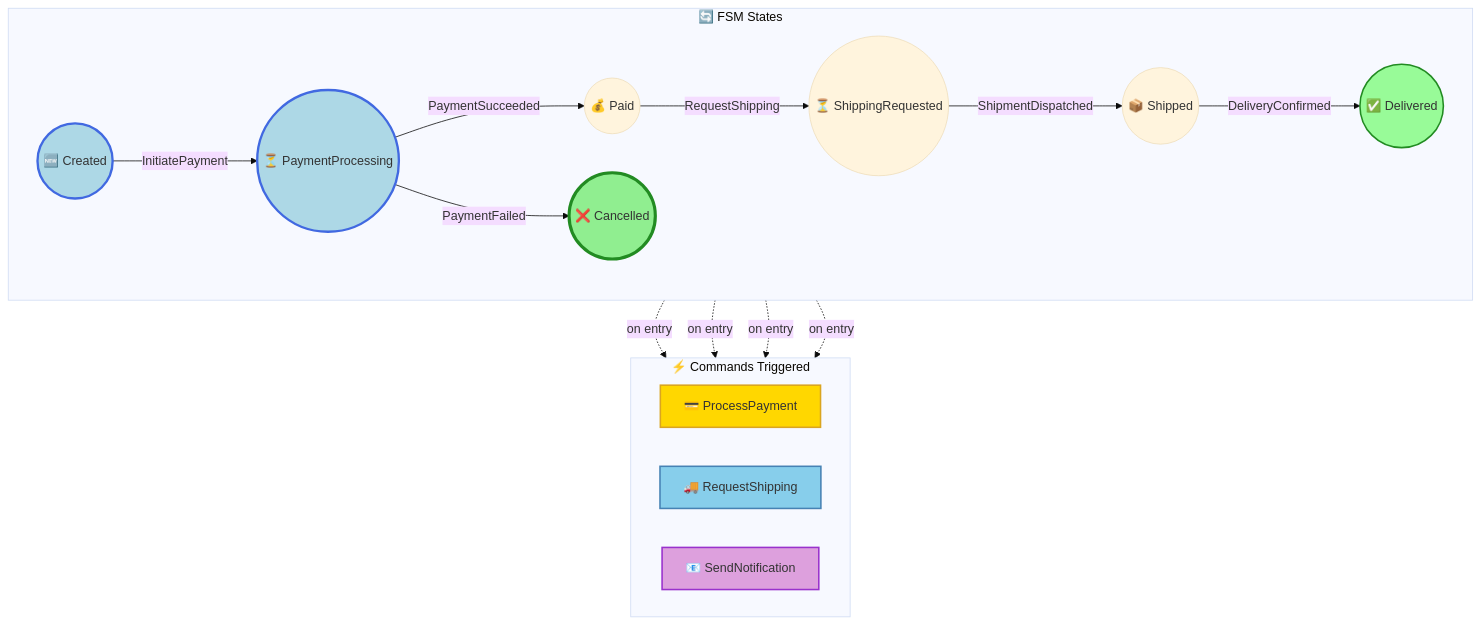
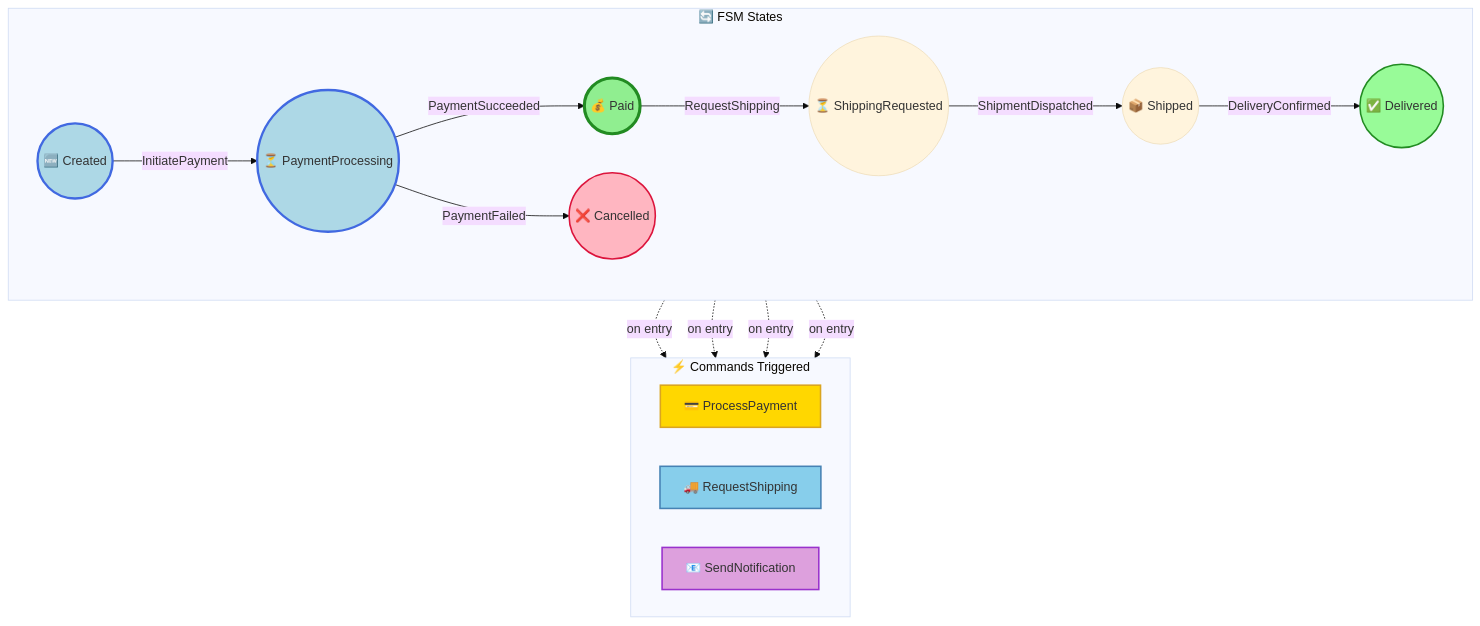
One commit to Iterable/mechanoid changed the third of 3 diagrams in docs/visualizations/order-5-trace.md. Above: the diagram before and after it, drawn with Mermaid (base theme). The commit also changed other lines of this file and 23 other files, not shown here.

````diff
--- a/docs/visualizations/order-5-trace.md
+++ b/docs/visualizations/order-5-trace.md
@@ -45,42 +58,42 @@
 ```mermaid
 flowchart TB
     subgraph FSM["🔄 FSM States"]
         direction LR
         Shipped(("📦 Shipped"))
         PaymentProcessing(("⏳ PaymentProcessing"))
         ShippingRequested(("⏳ ShippingRequested"))
         Delivered(("✅ Delivered"))
         Cancelled(("❌ Cancelled"))
         Paid(("💰 Paid"))
         Created(("🆕 Created"))
         Created -->|InitiatePayment| PaymentProcessing
         PaymentProcessing -->|PaymentSucceeded| Paid
         PaymentProcessing -->|PaymentFailed| Cancelled
         Paid -->|RequestShipping| ShippingRequested
         ShippingRequested -->|ShipmentDispatched| Shipped
         Shipped -->|DeliveryConfirmed| Delivered
     end
 
     subgraph Commands["⚡ Commands Triggered"]
         direction LR
         ProcessPayment["💳 ProcessPayment"]
         RequestShipping["🚚 RequestShipping"]
         SendNotification["📧 SendNotification"]
     end
 
     PaymentProcessing -.->|on entry| ProcessPayment
     Paid -.->|on entry| RequestShipping
     Paid -.->|on entry| SendNotification
     Shipped -.->|on entry| SendNotification
 
     style Delivered fill:#98FB98,stroke:#228B22,stroke-width:2px
     style Cancelled fill:#FFB6C1,stroke:#DC143C,stroke-width:2px
     style ProcessPayment fill:#FFD700,stroke:#DAA520,stroke-width:2px
     style RequestShipping fill:#87CEEB,stroke:#4682B4,stroke-width:2px
     style SendNotification fill:#DDA0DD,stroke:#9932CC,stroke-width:2px
 
     style Created fill:#ADD8E6,stroke:#4169E1,stroke-width:3px
     style PaymentProcessing fill:#ADD8E6,stroke:#4169E1,stroke-width:3px
-    style Cancelled fill:#ADD8E6,stroke:#4169E1,stroke-width:3px
-    style Cancelled fill:#90EE90,stroke:#228B22,stroke-width:4px
+    style Paid fill:#ADD8E6,stroke:#4169E1,stroke-width:3px
+    style Paid fill:#90EE90,stroke:#228B22,stroke-width:4px
 ```
````
